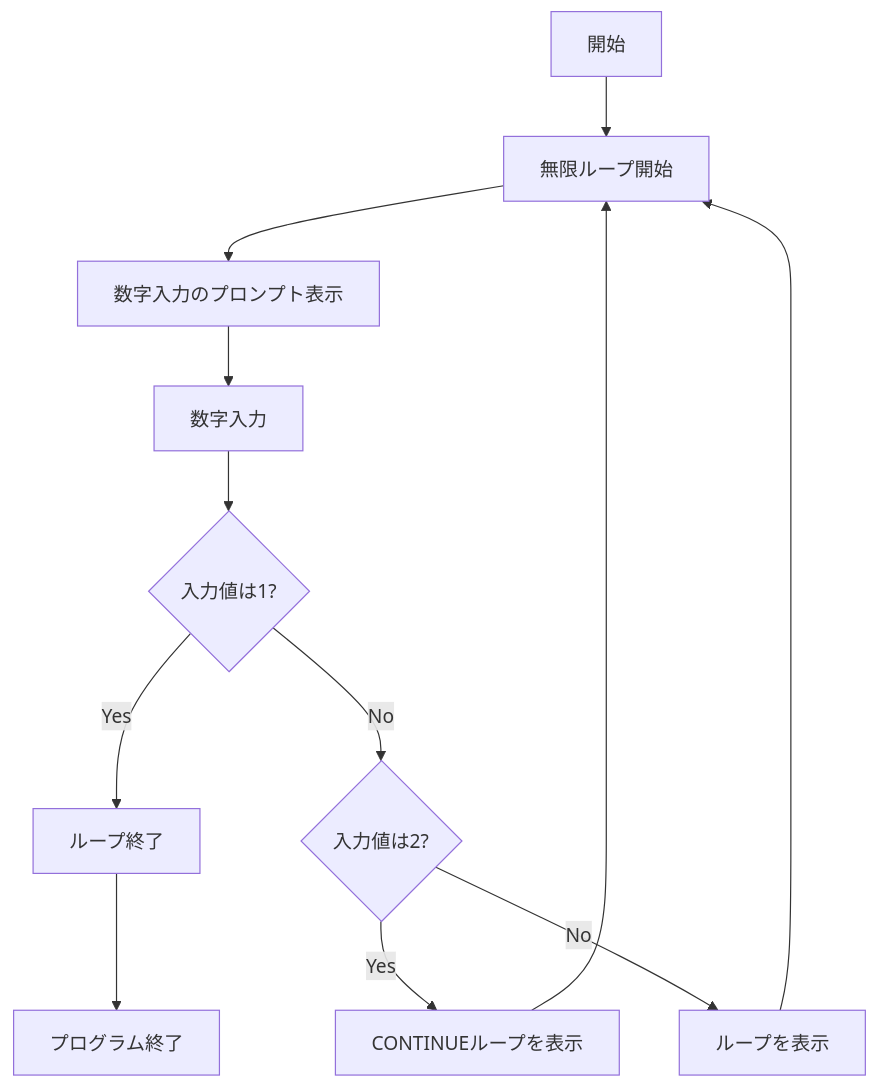
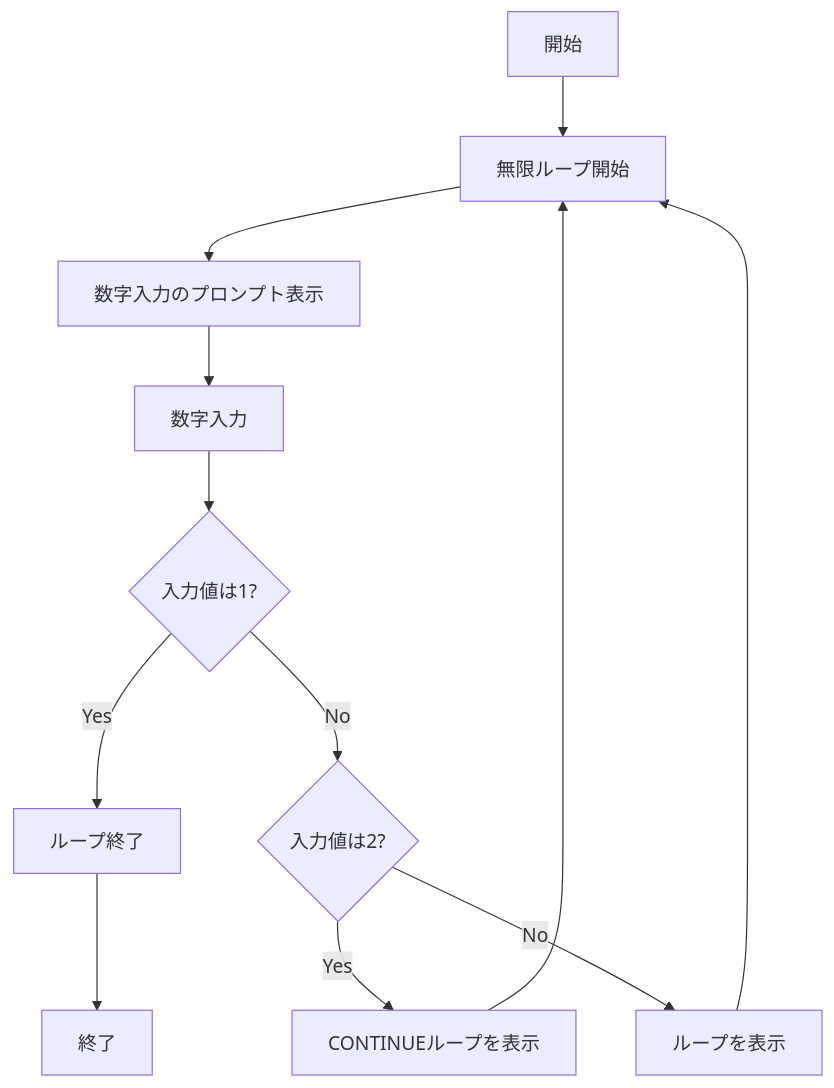
Before and after one commit to kanjiz/java-training-design-docs: the second of 2 diagrams in chapter07/LoopBreakContinue-README.md, drawn with Mermaid. The commit also changed other lines of this file and 1 other file, not shown here.

````diff
--- a/chapter07/LoopBreakContinue-README.md
+++ b/chapter07/LoopBreakContinue-README.md
@@ -56,14 +45,14 @@
 ```mermaid
 flowchart TD
     A[開始] --> B[無限ループ開始]
     B --> C[数字入力のプロンプト表示]
     C --> D[数字入力]
     D --> E{入力値は1?}
     E -->|Yes| F[ループ終了]
-    F --> K[プログラム終了]
+    F --> K[終了]
     E -->|No| G{入力値は2?}
     G -->|Yes| H["CONTINUEループ"を表示]
     H --> B
     G -->|No| I["ループ"を表示]
     I --> B
 ```
````
